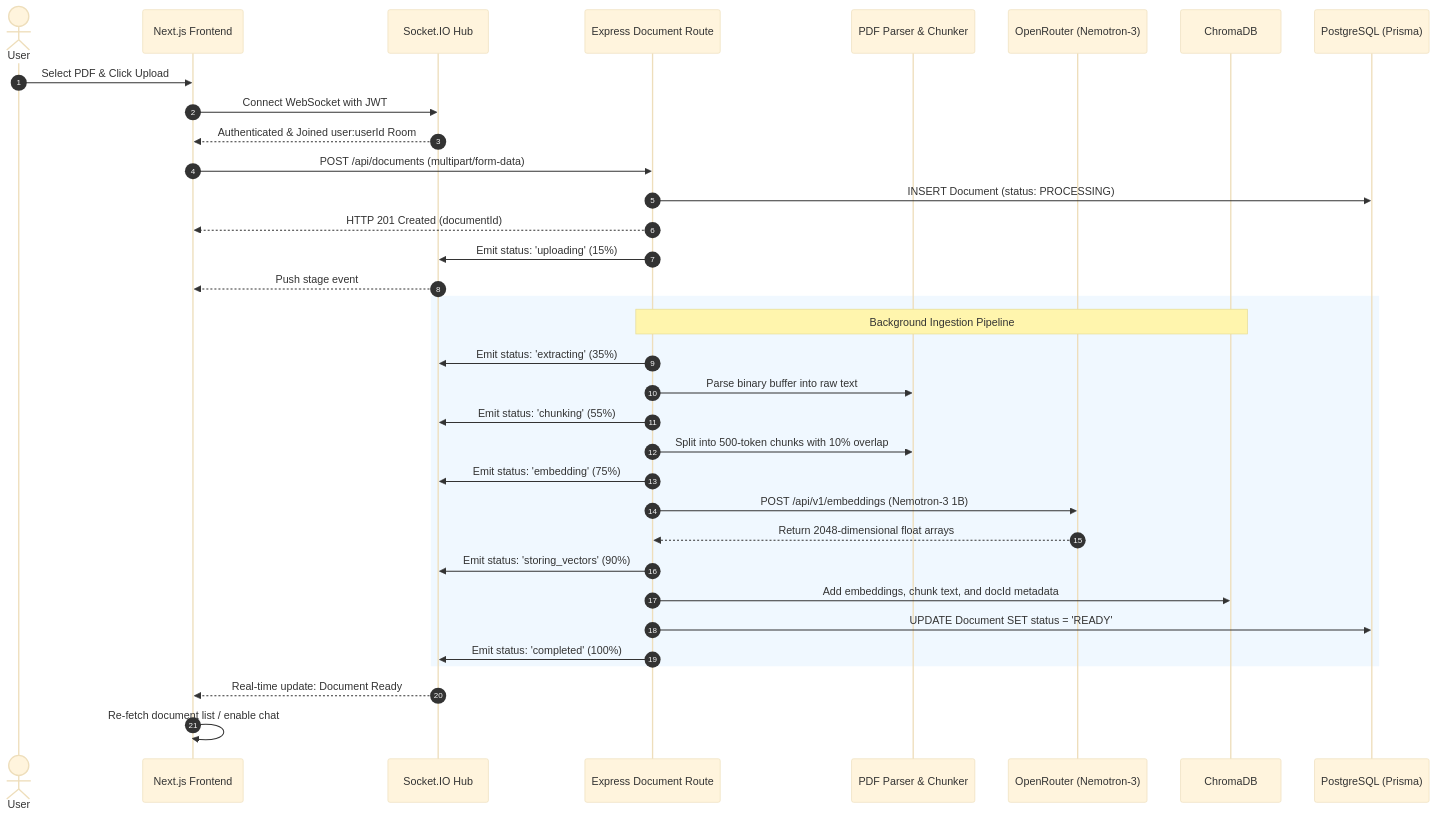
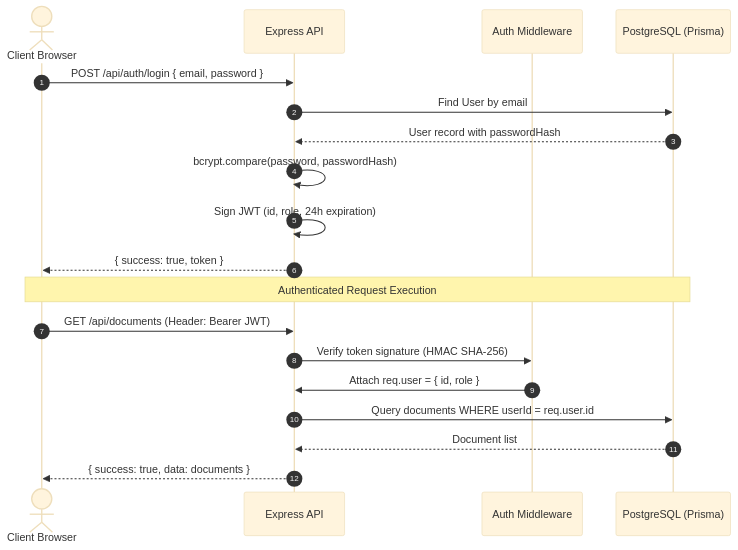
The second of 7 diagrams in HLD.md (Digvijay-999/Documind), drawn with Mermaid (base theme) before and after one commit. The commit also changed other lines of this file and 18 other files, not shown here.

Commit message:
OpenRouter connection  Bug solved

````diff
--- a/HLD.md
+++ b/HLD.md
@@ -142,38 +103,23 @@
 ```mermaid
 sequenceDiagram
     autonumber
-    actor User
-    participant Web as Next.js Frontend
-    participant WS as Socket.IO Hub
-    participant API as Express Document Route
-    participant PDF as PDF Parser & Chunker
-    participant OR as OpenRouter (Nemotron-3)
-    participant VecDB as ChromaDB
-    participant PG as PostgreSQL (Prisma)
+    actor User as Client Browser
+    participant Express as Express API
+    participant JWT as Auth Middleware
+    participant DB as PostgreSQL (Prisma)
 
-    User->>Web: Select PDF & Click Upload
-    Web->>WS: Connect WebSocket with JWT
-    WS-->>Web: Authenticated & Joined user:userId Room
-    Web->>API: POST /api/documents (multipart/form-data)
-    API->>PG: INSERT Document (status: PROCESSING)
-    API-->>Web: HTTP 201 Created (documentId)
-    API->>WS: Emit status: 'uploading' (15%)
-    WS-->>Web: Push stage event
-    
-    rect rgb(240, 248, 255)
-        Note over API,VecDB: Background Ingestion Pipeline
-        API->>WS: Emit status: 'extracting' (35%)
-        API->>PDF: Parse binary buffer into raw text
-        API->>WS: Emit status: 'chunking' (55%)
-        API->>PDF: Split into 500-token chunks with 10% overlap
-        API->>WS: Emit status: 'embedding' (75%)
-        API->>OR: POST /api/v1/embeddings (Nemotron-3 1B)
-        OR-->>API: Return 2048-dimensional float arrays
-        API->>WS: Emit status: 'storing_vectors' (90%)
-        API->>VecDB: Add embeddings, chunk text, and docId metadata
-        API->>PG: UPDATE Document SET status = 'READY'
-        API->>WS: Emit status: 'completed' (100%)
-    end
-    WS-->>Web: Real-time update: Document Ready
-    Web->>Web: Re-fetch document list / enable chat
+    User->>Express: POST /api/auth/login { email, password }
+    Express->>DB: Find User by email
+    DB-->>Express: User record with passwordHash
+    Express->>Express: bcrypt.compare(password, passwordHash)
+    Express->>Express: Sign JWT (id, role, 24h expiration)
+    Express-->>User: { success: true, token }
+
+    Note over User,DB: Authenticated Request Execution
+    User->>Express: GET /api/documents (Header: Bearer JWT)
+    Express->>JWT: Verify token signature (HMAC SHA-256)
+    JWT->>Express: Attach req.user = { id, role }
+    Express->>DB: Query documents WHERE userId = req.user.id
+    DB-->>Express: Document list
+    Express-->>User: { success: true, data: documents }
 ```
````
